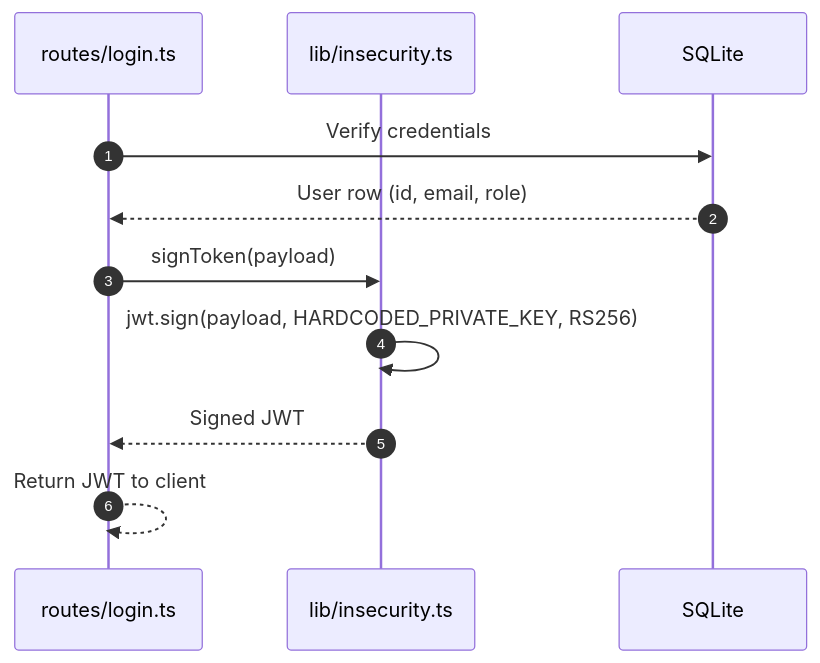
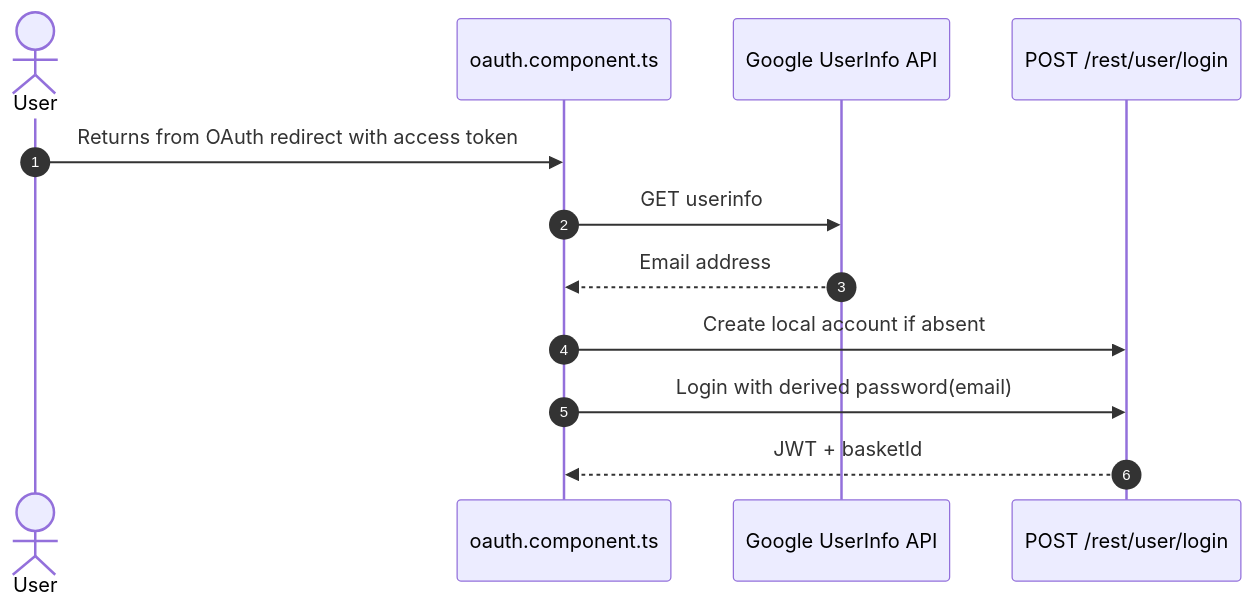
Before and after one commit to appsec-foundry/appsec-advisor-examples: diagram 13 of 14 in threat-modeler/threat-model-juice-shop-thorough-v0.6.0b4.md, drawn with Mermaid. The commit also changed other lines of this file and 11 other files, not shown here.

````diff
--- a/threat-modeler/threat-model-juice-shop-thorough-v0.6.0b4.md
+++ b/threat-modeler/threat-model-juice-shop-thorough-v0.6.0b4.md
@@ -1072,14 +1040,15 @@
 ```mermaid
 sequenceDiagram
     autonumber
-    participant API as routes/login.ts
-    participant Insecurity as lib/insecurity.ts
-    participant DB as SQLite
+    actor User
+    participant SPA as oauth.component.ts
+    participant Google as Google UserInfo API
+    participant API as POST /rest/user/login
 
-    API->>DB: Verify credentials
-    DB-->>API: User row (id, email, role)
-    API->>Insecurity: signToken(payload)
-    Insecurity->>Insecurity: jwt.sign(payload, HARDCODED_PRIVATE_KEY, RS256)
-    Insecurity-->>API: Signed JWT
-    API-->>API: Return JWT to client
+    User->>SPA: Returns from OAuth redirect with access token
+    SPA->>Google: GET userinfo
+    Google-->>SPA: Email address
+    SPA->>API: Create local account if absent
+    SPA->>API: Login with derived password(email)
+    API-->>SPA: JWT + basketId
 ```
````
